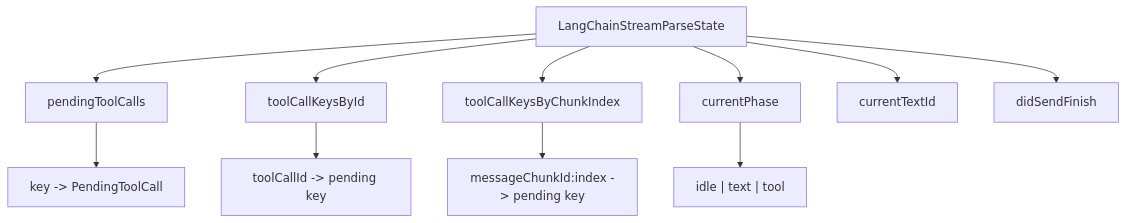
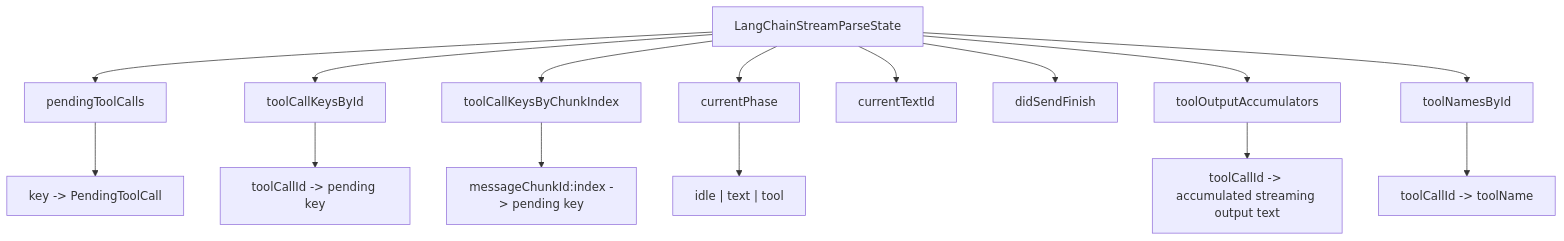
One commit to rzx007/digital-employe-client-web-m changed the second of 11 diagrams in apps/web/src/lib/chat/langchain-stream-parser-flow.md. Above: the diagram before and after it, drawn with Mermaid. The commit also changed other lines of this file and 1 other file, not shown here.

````diff
--- a/apps/web/src/lib/chat/langchain-stream-parser-flow.md
+++ b/apps/web/src/lib/chat/langchain-stream-parser-flow.md
@@ -75,14 +84,18 @@
 ```mermaid
 flowchart TD
   A[LangChainStreamParseState] --> B[pendingToolCalls]
   A --> C[toolCallKeysById]
   A --> D[toolCallKeysByChunkIndex]
   A --> E[currentPhase]
   A --> F[currentTextId]
   A --> G[didSendFinish]
+  A --> H[toolOutputAccumulators]
+  A --> I[toolNamesById]
 
   B --> B1[key -> PendingToolCall]
   C --> C1[toolCallId -> pending key]
   D --> D1[messageChunkId:index -> pending key]
   E --> E1["idle | text | tool"]
+  H --> H1[toolCallId -> accumulated streaming output text]
+  I --> I1[toolCallId -> toolName]
 ```
````
